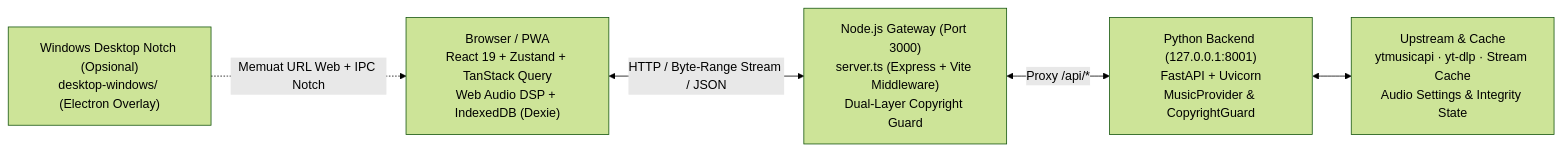
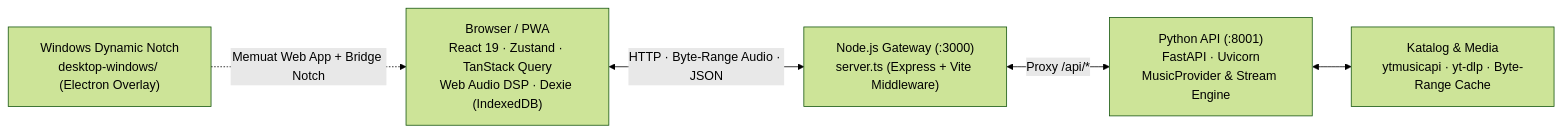
One commit to Gojab/soundclear changed the diagram in README.md. Above: the diagram before and after it, drawn with Mermaid (forest theme). The commit also changed other lines of this file and 12 other files, not shown here.

````diff
--- a/README.md
+++ b/README.md
@@ -53,13 +91,13 @@
 ```mermaid
 flowchart LR
-    Browser["Browser / PWA\nReact 19 + Zustand + TanStack Query\nWeb Audio DSP + IndexedDB (Dexie)"]
-    NodeProxy["Node.js Gateway (Port 3000)\nserver.ts (Express + Vite Middleware)\nDual-Layer Copyright Guard"]
-    FastAPI["Python Backend (127.0.0.1:8001)\nFastAPI + Uvicorn\nMusicProvider & CopyrightGuard"]
-    Upstream["Upstream & Cache\nytmusicapi · yt-dlp · Stream Cache\nAudio Settings & Integrity State"]
-    Electron["Windows Desktop Notch (Opsional)\ndesktop-windows/ (Electron Overlay)"]
+    Client["Browser / PWA\nReact 19 · Zustand · TanStack Query\nWeb Audio DSP · Dexie (IndexedDB)"]
+    Gateway["Node.js Gateway (:3000)\nserver.ts (Express + Vite Middleware)"]
+    Backend["Python API (:8001)\nFastAPI · Uvicorn\nMusicProvider & Stream Engine"]
+    Sources["Katalog & Media\nytmusicapi · yt-dlp · Byte-Range Cache"]
+    Desktop["Windows Dynamic Notch\ndesktop-windows/ (Electron Overlay)"]
 
-    Browser <-->|"HTTP / Byte-Range Stream / JSON"| NodeProxy
-    NodeProxy <-->|"Proxy /api/*"| FastAPI
-    FastAPI <--> Upstream
-    Electron -.->|"Memuat URL Web + IPC Notch"| Browser
+    Client <-->|"HTTP · Byte-Range Audio · JSON"| Gateway
+    Gateway <-->|"Proxy /api/*"| Backend
+    Backend <--> Sources
+    Desktop -.->|"Memuat Web App + Bridge Notch"| Client
 ```
````
